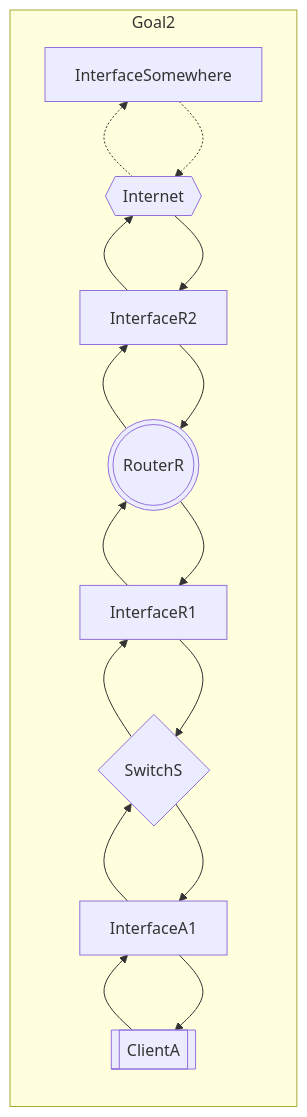
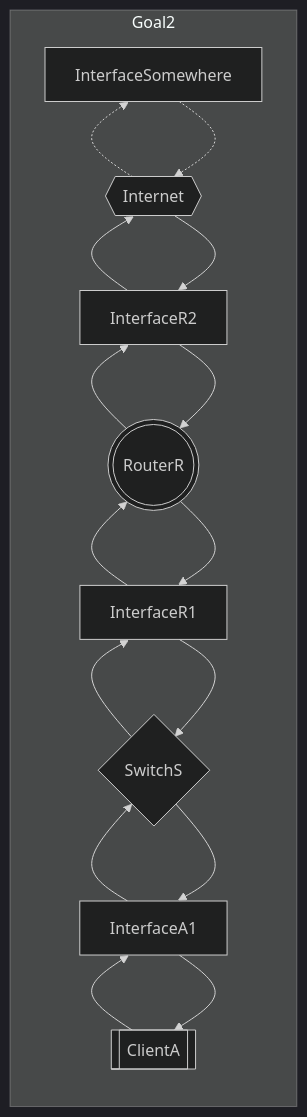
The first of 2 diagrams in level6.md (rikeda-cloud/net_practice), drawn with Mermaid before and after one commit. The commit also changed other lines of this file and 5 other files, not shown here.

````diff
--- a/level6.md
+++ b/level6.md
@@ -11,22 +11,23 @@
 ```mermaid
-%% { init: { 'flowchart': { 'curve': 'stepBefore' } } } %%
+%%{init:{'theme': 'dark'}}%%
+%%{init:{'flowchart': {'curve': 'natural'}}}%%
 flowchart
 subgraph Goal2
     direction BT
     CA[[ClientA]]
     RR(((RouterR)))
     IA[InterfaceA1]
     IR1[InterfaceR1]
     IR2[InterfaceR2]
     IS[InterfaceSomewhere]
     S{SwitchS}
     NET{{Internet}}
     CA-->IA-->CA
     IA-->S-->IA
     IR1-->S-->IR1
     IR1-->RR-->IR1
     RR-->IR2-->RR
     IR2-->NET-->IR2
     NET-.->IS-.->NET
 end
 ```
````
